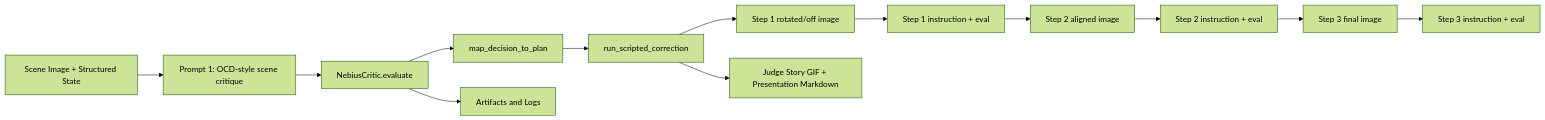
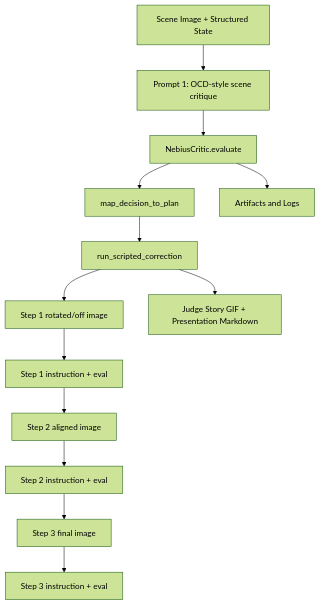
Before and after one commit to kirilligum/rOCDbot-cerebral-valley-hackathon-260315: the diagram in README.md, drawn with Mermaid (forest theme). The commit also changed 1 other file, not shown here.

Commit message:
docs: Update Mermaid syntax in README and presentation

````diff
--- a/README.md
+++ b/README.md
@@ -123,15 +123,15 @@
 ```mermaid
-flowchart LR
+flowchart TD
     A[Scene Image + Structured State] --> B[Prompt 1: OCD-style scene critique]
     B --> C[NebiusCritic.evaluate]
     C --> D[map_decision_to_plan]
     D --> E[run_scripted_correction]
     E --> F[Step 1 rotated/off image]
     F --> G[Step 1 instruction + eval]
     G --> H[Step 2 aligned image]
     H --> I[Step 2 instruction + eval]
     I --> J[Step 3 final image]
     J --> K[Step 3 instruction + eval]
     C --> M[Artifacts and Logs]
     E --> L[Judge Story GIF + Presentation Markdown]
 ```
````
